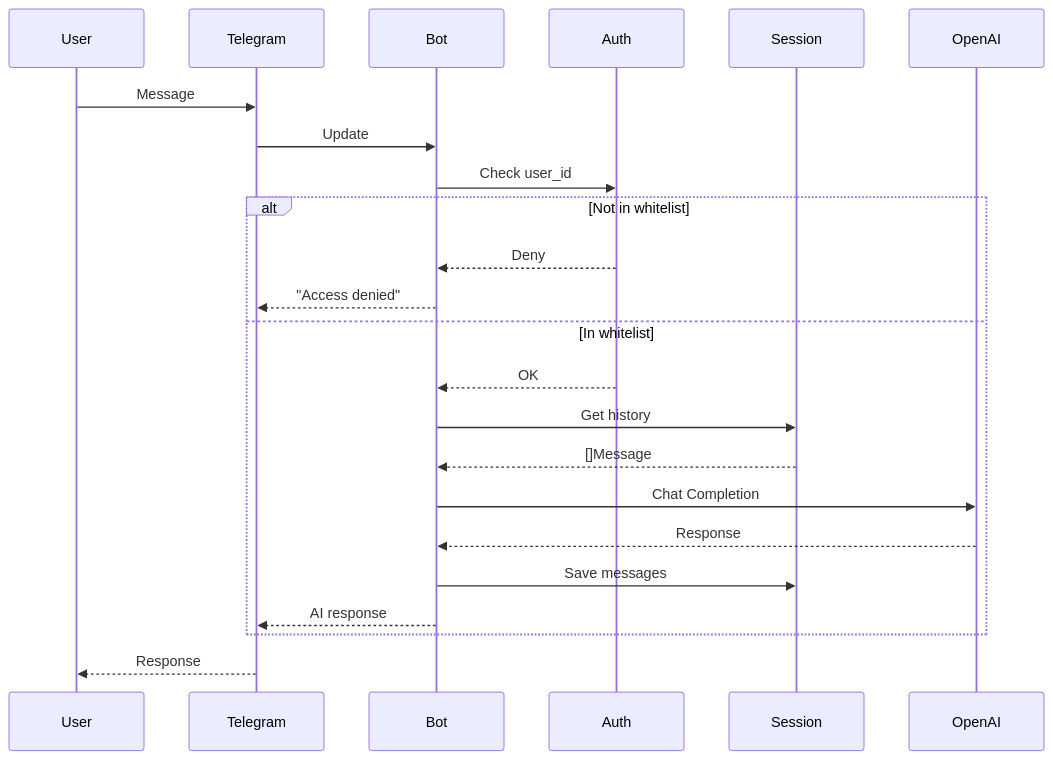
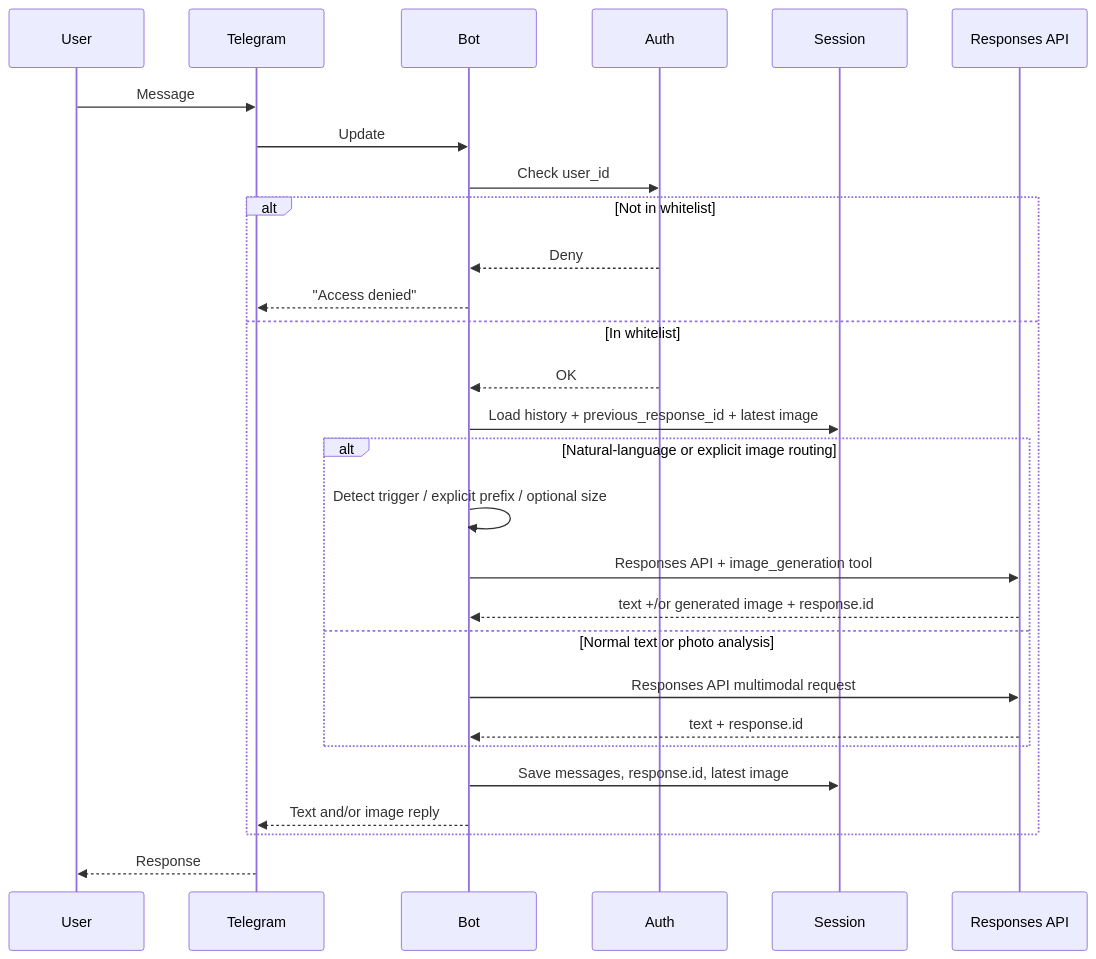
The diagram in ARCHITECTURE.md (avpalienko/TgBot), drawn with Mermaid before and after one commit. The commit also changed other lines of this file and 8 other files, not shown here.

Commit message:
Add Responses API-based image generation, editing, and routing

````diff
--- a/ARCHITECTURE.md
+++ b/ARCHITECTURE.md
@@ -36,26 +36,31 @@
 ```mermaid
 sequenceDiagram
     participant U as User
     participant T as Telegram
     participant B as Bot
     participant A as Auth
     participant S as Session
-    participant AI as OpenAI
+    participant AI as Responses API
 
     U->>T: Message
     T->>B: Update
     B->>A: Check user_id
     alt Not in whitelist
         A-->>B: Deny
         B-->>T: "Access denied"
     else In whitelist
         A-->>B: OK
-        B->>S: Get history
-        S-->>B: []Message
-        B->>AI: Chat Completion
-        AI-->>B: Response
-        B->>S: Save messages
-        B-->>T: AI response
+        B->>S: Load history + previous_response_id + latest image
+        alt Natural-language or explicit image routing
+            B->>B: Detect trigger / explicit prefix / optional size
+            B->>AI: Responses API + image_generation tool
+            AI-->>B: text +/or generated image + response.id
+        else Normal text or photo analysis
+            B->>AI: Responses API multimodal request
+            AI-->>B: text + response.id
+        end
+        B->>S: Save messages, response.id, latest image
+        B-->>T: Text and/or image reply
     end
     T-->>U: Response
 ```
````
